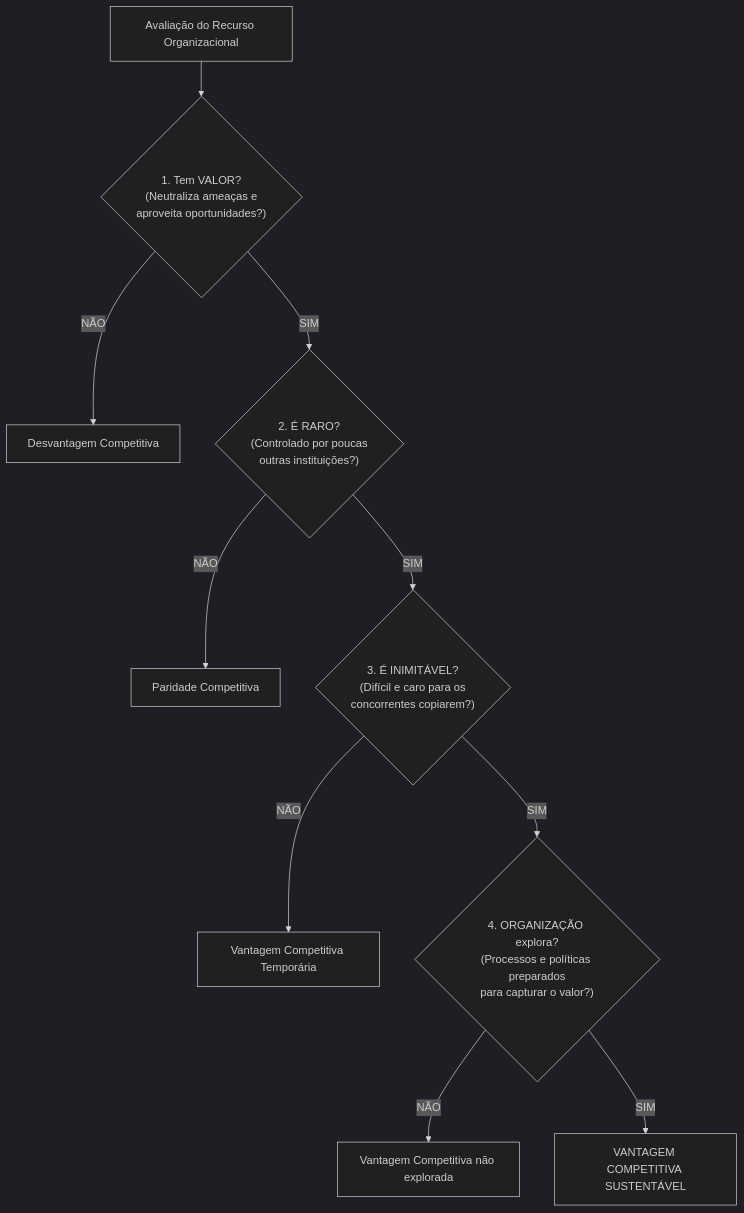
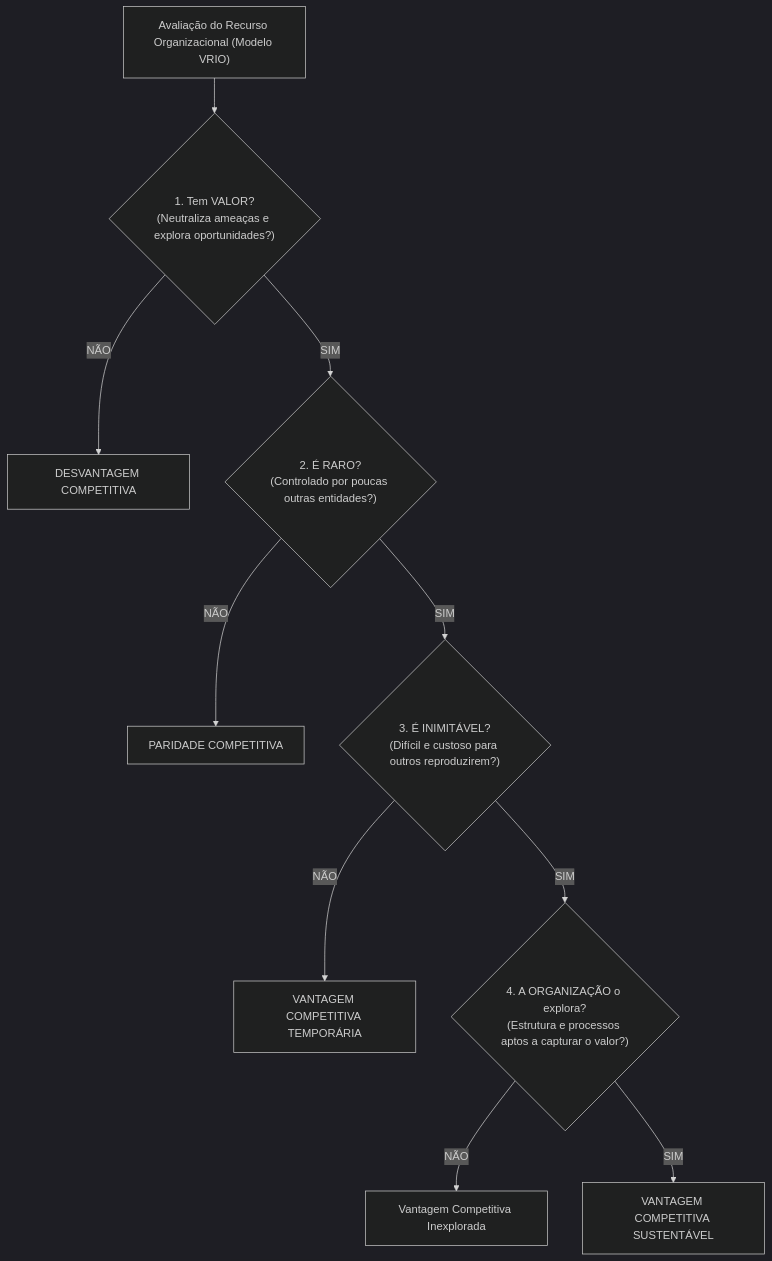
One commit to thiagosantos346/TCE-GO-2027 changed the third of 4 diagrams in fontes_de_estudo/conhecimentos_especificos_a01_tecnico_administrativo/23_administracao_estrategica/02_ferramentas_de_diagnostico_estrategico_swot_porter_rbv_canvas.md. Above: the diagram before and after it, drawn with Mermaid (dark theme). The commit also changed other lines of this file and 119 other files, not shown here.

````diff
--- a/fontes_de_estudo/conhecimentos_especificos_a01_tecnico_administrativo/23_administracao_estrategica/02_ferramentas_de_diagnostico_estrategico_swot_porter_rbv_canvas.md
+++ b/fontes_de_estudo/conhecimentos_especificos_a01_tecnico_administrativo/23_administracao_estrategica/02_ferramentas_de_diagnostico_estrategico_swot_porter_rbv_canvas.md
@@ -132,17 +118,17 @@
 ```mermaid
 flowchart TD
-    Recurso["Avaliação do Recurso Organizacional"]
+    Recurso["Avaliação do Recurso Organizacional (Modelo VRIO)"]
     
-    Recurso --> V{"1. Tem VALOR?<br/>(Neutraliza ameaças e<br/>aproveita oportunidades?)"}
-    V -- NÃO --> Desv["Desvantagem Competitiva"]
-    V -- SIM --> R{"2. É RARO?<br/>(Controlado por poucas<br/>outras instituições?)"}
+    Recurso --> V{"1. Tem VALOR?<br/>(Neutraliza ameaças e explora oportunidades?)"}
+    V -- NÃO --> Desv["DESVANTAGEM COMPETITIVA"]
+    V -- SIM --> R{"2. É RARO?<br/>(Controlado por poucas outras entidades?)"}
     
-    R -- NÃO --> Par["Paridade Competitiva"]
-    R -- SIM --> I{"3. É INIMITÁVEL?<br/>(Difícil e caro para os<br/>concorrentes copiarem?)"}
+    R -- NÃO --> Par["PARIDADE COMPETITIVA"]
+    R -- SIM --> I{"3. É INIMITÁVEL?<br/>(Difícil e custoso para outros reproduzirem?)"}
     
-    I -- NÃO --> VTemp["Vantagem Competitiva Temporária"]
-    I -- SIM --> O{"4. ORGANIZAÇÃO explora?<br/>(Processos e políticas preparados<br/>para capturar o valor?)"}
+    I -- NÃO --> VTemp["VANTAGEM COMPETITIVA TEMPORÁRIA"]
+    I -- SIM --> O{"4. A ORGANIZAÇÃO o explora?<br/>(Estrutura e processos aptos a capturar o valor?)"}
     
-    O -- NÃO --> VSub["Vantagem Competitiva não explorada"]
+    O -- NÃO --> VSub["Vantagem Competitiva Inexplorada"]
     O -- SIM --> VSust["VANTAGEM COMPETITIVA SUSTENTÁVEL"]
 ```
````
